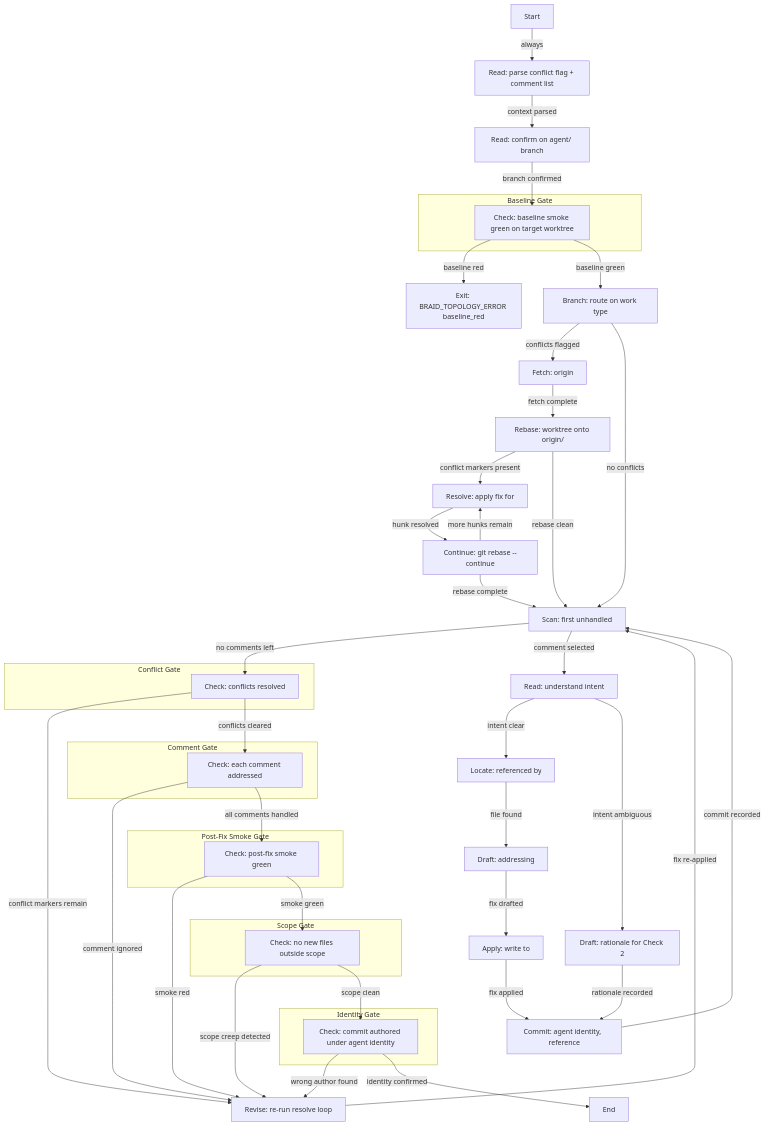
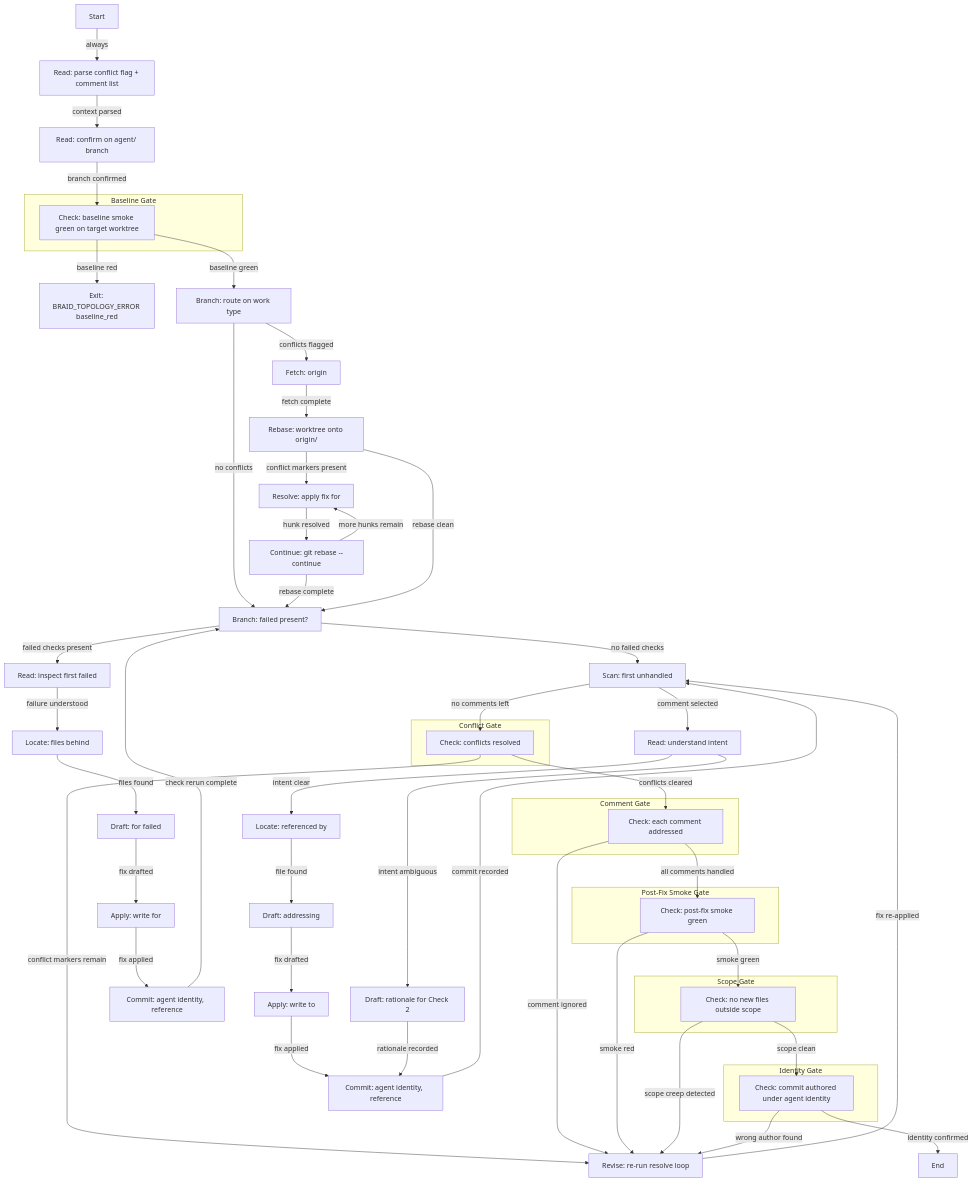
One commit to joshorig/orchestrator changed the diagram in braid/templates/pr-address-feedback.mmd. Above: the diagram before and after it, drawn with Mermaid. The commit also changed 3 other files, not shown here.

```diff
--- a/braid/templates/pr-address-feedback.mmd
+++ b/braid/templates/pr-address-feedback.mmd
@@ -1,52 +1,59 @@
 flowchart TD;
     Start[Start] -- "always" --> ReadCtx[Read: parse conflict flag + comment list];
     ReadCtx -- "context parsed" --> ReadBranch[Read: confirm on agent/<target_id> branch];
     ReadBranch -- "branch confirmed" --> CheckBaseline;
     subgraph SB0[Baseline Gate]
         CheckBaseline[Check: baseline smoke green on target worktree]
     end
     CheckBaseline -- "baseline red" --> ExitRed[Exit: BRAID_TOPOLOGY_ERROR baseline_red];
     CheckBaseline -- "baseline green" --> Branch[Branch: route on work type];
     Branch -- "conflicts flagged" --> Fetch[Fetch: origin <base_branch>];
-    Branch -- "no conflicts" --> ScanComments[Scan: first unhandled <comment>];
+    Branch -- "no conflicts" --> CheckFailures[Branch: failed <check> present?];
     Fetch -- "fetch complete" --> Rebase[Rebase: worktree onto origin/<base_branch>];
     Rebase -- "conflict markers present" --> ResolveHunk[Resolve: apply fix for <conflict_hunk>];
     ResolveHunk -- "hunk resolved" --> ContinueRebase[Continue: git rebase --continue];
     ContinueRebase -- "more hunks remain" --> ResolveHunk;
-    ContinueRebase -- "rebase complete" --> ScanComments;
-    Rebase -- "rebase clean" --> ScanComments;
+    ContinueRebase -- "rebase complete" --> CheckFailures;
+    Rebase -- "rebase clean" --> CheckFailures;
+    CheckFailures -- "failed checks present" --> ReadCheck[Read: inspect first failed <check>];
+    CheckFailures -- "no failed checks" --> ScanComments[Scan: first unhandled <comment>];
+    ReadCheck -- "failure understood" --> LocateCheck[Locate: files behind <check>];
+    LocateCheck -- "files found" --> DraftCheckFix[Draft: <fix> for failed <check>];
+    DraftCheckFix -- "fix drafted" --> ApplyCheckFix[Apply: write <fix> for <check>];
+    ApplyCheckFix -- "fix applied" --> CommitCheckFix[Commit: agent identity, <check> reference];
+    CommitCheckFix -- "check rerun complete" --> CheckFailures;
     ScanComments -- "no comments left" --> C1;
     ScanComments -- "comment selected" --> ReadComment[Read: understand <comment> intent];
     ReadComment -- "intent clear" --> LocateFile[Locate: <file> referenced by <comment>];
     ReadComment -- "intent ambiguous" --> RationaleOnly[Draft: rationale for Check 2];
     LocateFile -- "file found" --> DraftFix[Draft: <fix> addressing <comment>];
     DraftFix -- "fix drafted" --> ApplyFix[Apply: write <fix> to <file>];
     ApplyFix -- "fix applied" --> CommitFix[Commit: agent identity, <comment> reference];
     RationaleOnly -- "rationale recorded" --> CommitFix;
     CommitFix -- "commit recorded" --> ScanComments;
     subgraph S1[Conflict Gate]
         C1[Check: conflicts resolved]
     end
     C1 -- "conflict markers remain" --> Revise[Revise: re-run resolve loop];
     C1 -- "conflicts cleared" --> C2;
     subgraph S2[Comment Gate]
         C2[Check: each comment addressed]
     end
     C2 -- "comment ignored" --> Revise;
     C2 -- "all comments handled" --> C3;
     subgraph S3[Post-Fix Smoke Gate]
         C3[Check: post-fix smoke green]
     end
     C3 -- "smoke red" --> Revise;
     C3 -- "smoke green" --> C4;
     subgraph S4[Scope Gate]
         C4[Check: no new files outside scope]
     end
     C4 -- "scope creep detected" --> Revise;
     C4 -- "scope clean" --> C5;
     subgraph S5[Identity Gate]
         C5[Check: commit authored under agent identity]
     end
     C5 -- "wrong author found" --> Revise;
     C5 -- "identity confirmed" --> End[End];
     Revise -- "fix re-applied" --> ScanComments;
```
